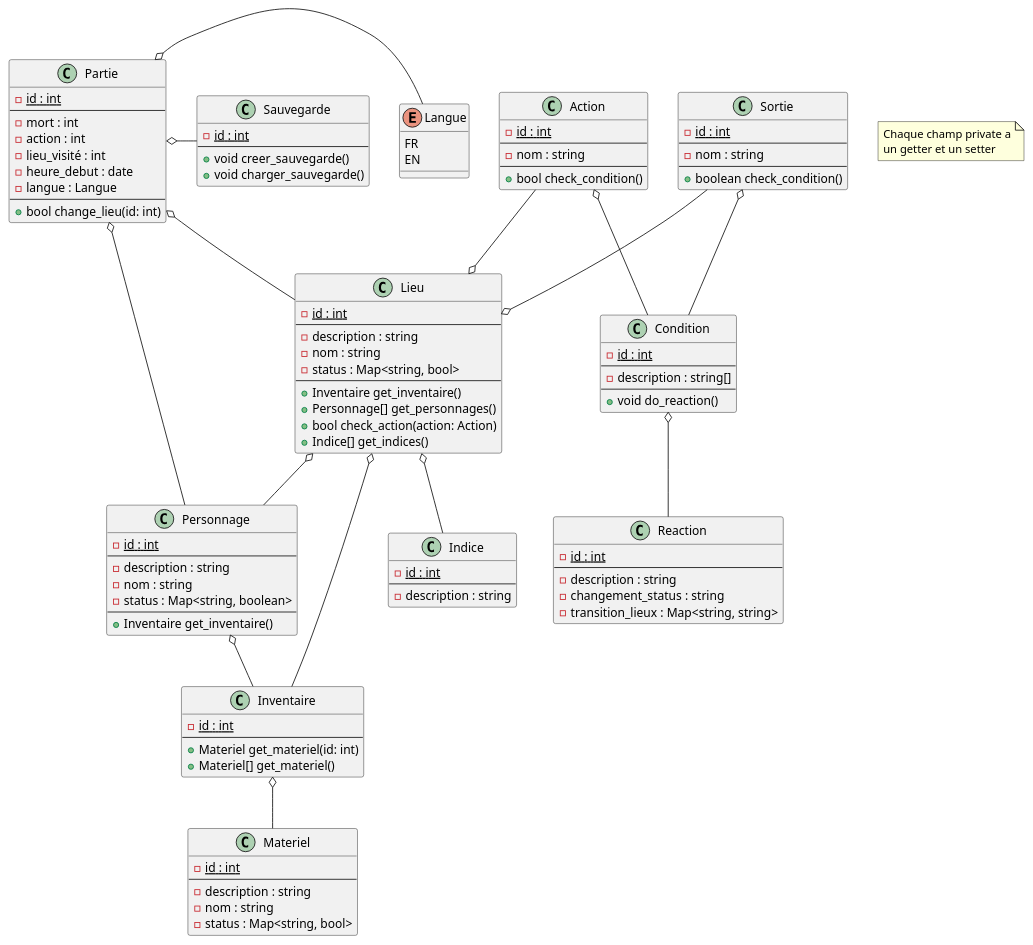
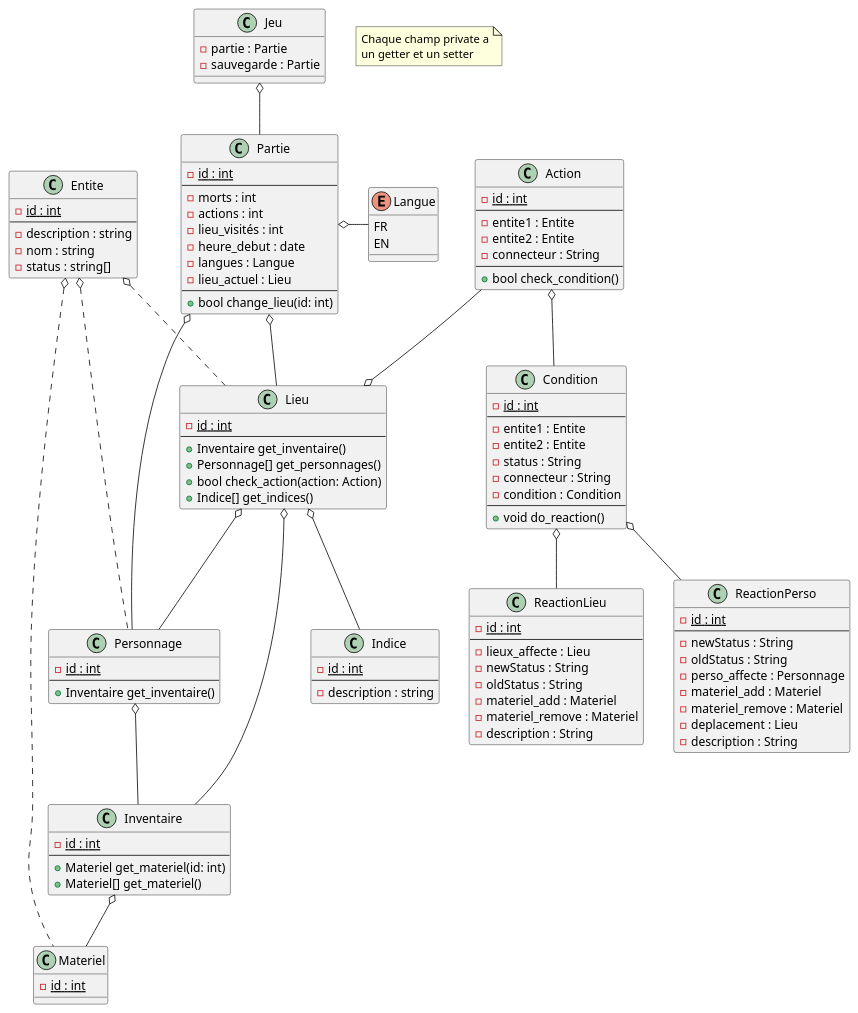
The third of 3 diagrams in diagrammes.md (Serious-game-textuel/doc), drawn with PlantUML before and after one commit.

Commit message:
modif uml

````diff
--- a/diagrammes.md
+++ b/diagrammes.md
@@ -49,14 +49,27 @@
     EN
 }
 
+Class Jeu{
+  -partie : Partie
+  -sauvegarde : Partie
+}
+Class Entite{
+    -{static} id : int
+  --
+    -description : string
+    -nom : string
+    -status : string[]
+}
+
 Class Partie{
     -{static} id : int
   --
-    -mort : int
-    -action : int
-    -lieu_visité : int
+    -morts : int
+    -actions : int
+    -lieu_visités : int
     -heure_debut : date
-    -langue : Langue
+    -langues : Langue
+    -lieu_actuel : Lieu
   --
     +bool change_lieu(id: int)
 }
@@ -68,45 +81,21 @@
     +Materiel[] get_materiel()
 }
 
-Class Sauvegarde{
-    -{static} id : int
-  --
-    +void creer_sauvegarde()
-    +void charger_sauvegarde()
-}
 
-Class Sortie{
-    -{static} id : int
-  --
-    -nom : string
-  --
-    +boolean check_condition()
-}
+
 
 Class Materiel{
     -{static} id : int
-  --
-    -description : string
-    -nom : string
-    -status : Map<string, bool>
 }
 
 Class Personnage{
     -{static} id : int
-  --
-    -description : string
-    -nom : string
-    -status : Map<string, boolean>
   --
     +Inventaire get_inventaire()
 }
 
 Class Lieu{
     -{static} id : int
-  --
-    -description : string
-    -nom : string
-    -status : Map<string, bool>
   --
     +Inventaire get_inventaire()
     +Personnage[] get_personnages()
@@ -117,7 +106,9 @@
 Class Action{
     -{static} id : int
   --
-    -nom : string
+    -entite1 : Entite
+    -entite2 : Entite
+    -connecteur : String
   --
     +bool check_condition()
 }
@@ -125,18 +116,38 @@
 class Condition{
     -{static} id : int
   --
-    -description : string[]
+    -entite1 : Entite
+    -entite2 : Entite
+    -status : String
+    -connecteur : String
+    -condition : Condition
   --
     +void do_reaction()
 }
 
-Class Reaction{
+Class ReactionLieu{
     -{static} id : int
   --
-    -description : string
-    -changement_status : string
-    -transition_lieux : Map<string, string>
+    -lieux_affecte : Lieu
+    -newStatus : String
+    -oldStatus : String
+    -materiel_add : Materiel
+    -materiel_remove : Materiel
+    -description : String
 }
+
+Class ReactionPerso{
+    -{static} id : int
+  --
+    -newStatus : String
+    -oldStatus : String
+    -perso_affecte : Personnage
+    -materiel_add : Materiel
+    -materiel_remove : Materiel
+    -deplacement : Lieu
+    -description : String
+}
+
 
 Class Indice{
     -{static} id : int
@@ -146,20 +157,22 @@
 
 note "Chaque champ private a\nun getter et un setter" as N1
 
-Sortie --o Lieu
-Sortie o-- Condition
+Jeu o-- Partie
 Personnage o-- Inventaire
 Partie o-- Personnage
-Partie o- Sauvegarde
 Partie o- Langue
 Lieu o-- Inventaire
 Lieu o-- Indice
 Action o-- Condition
-Condition o-- Reaction
+Condition o-- ReactionPerso
+Condition o-- ReactionLieu
 Action --o Lieu
 Lieu o-- Personnage
 Partie o-- Lieu
 Inventaire o-- Materiel
+Entite o.. Personnage
+Entite o.. Lieu
+Entite o.. Materiel
 
 @enduml
 ```
````
